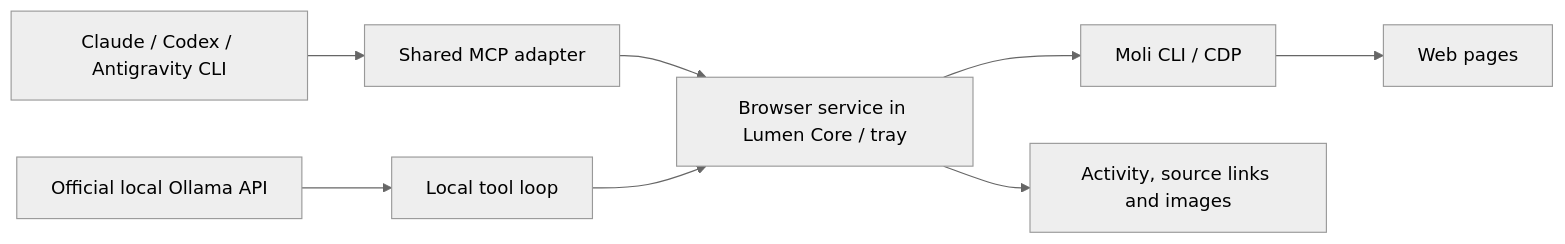
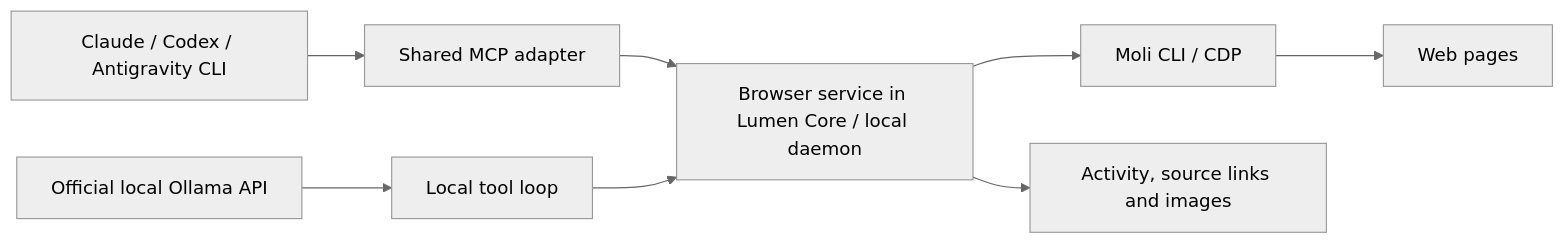
The diagram in docs/moli.md (Andrea17982/Lumen), drawn with Mermaid (neutral theme) before and after one commit. The commit also changed other lines of this file and 142 other files, not shown here.

Commit message:
Split local execution into an authenticated daemon

````diff
--- a/docs/moli.md
+++ b/docs/moli.md
@@ -13,10 +13,10 @@
 ```mermaid
 flowchart LR
     CLI["Claude / Codex / Antigravity CLI"] --> MCP["Shared MCP adapter"]
     O["Official local Ollama API"] --> T["Local tool loop"]
-    MCP --> L["Browser service in Lumen Core / tray"]
+    MCP --> L["Browser service in Lumen Core / local daemon"]
     T --> L
     L --> M["Moli CLI / CDP"]
     M --> W["Web pages"]
     L --> UI["Activity, source links and images"]
 ```
````
